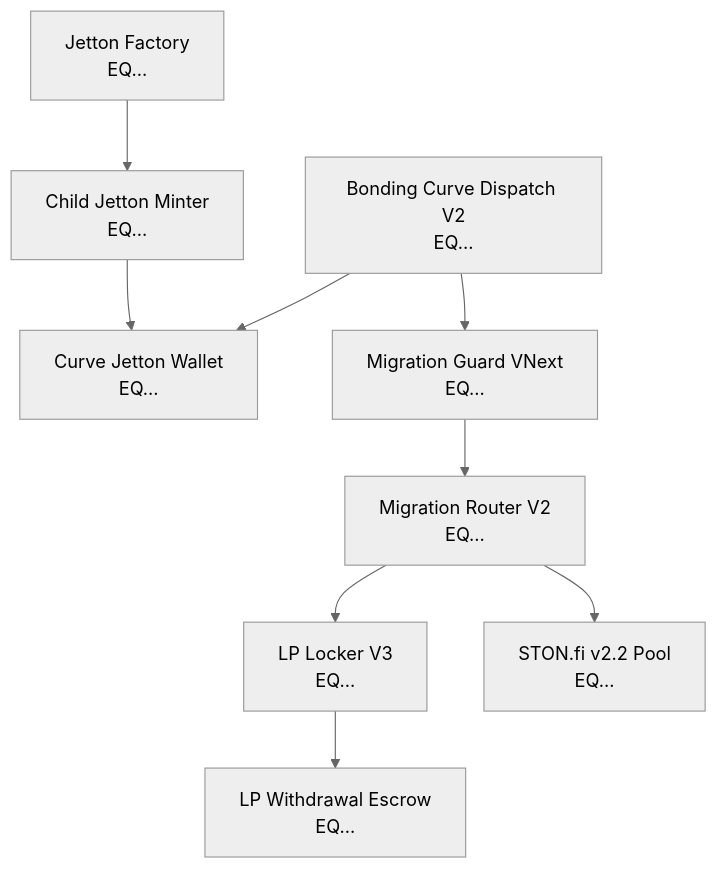
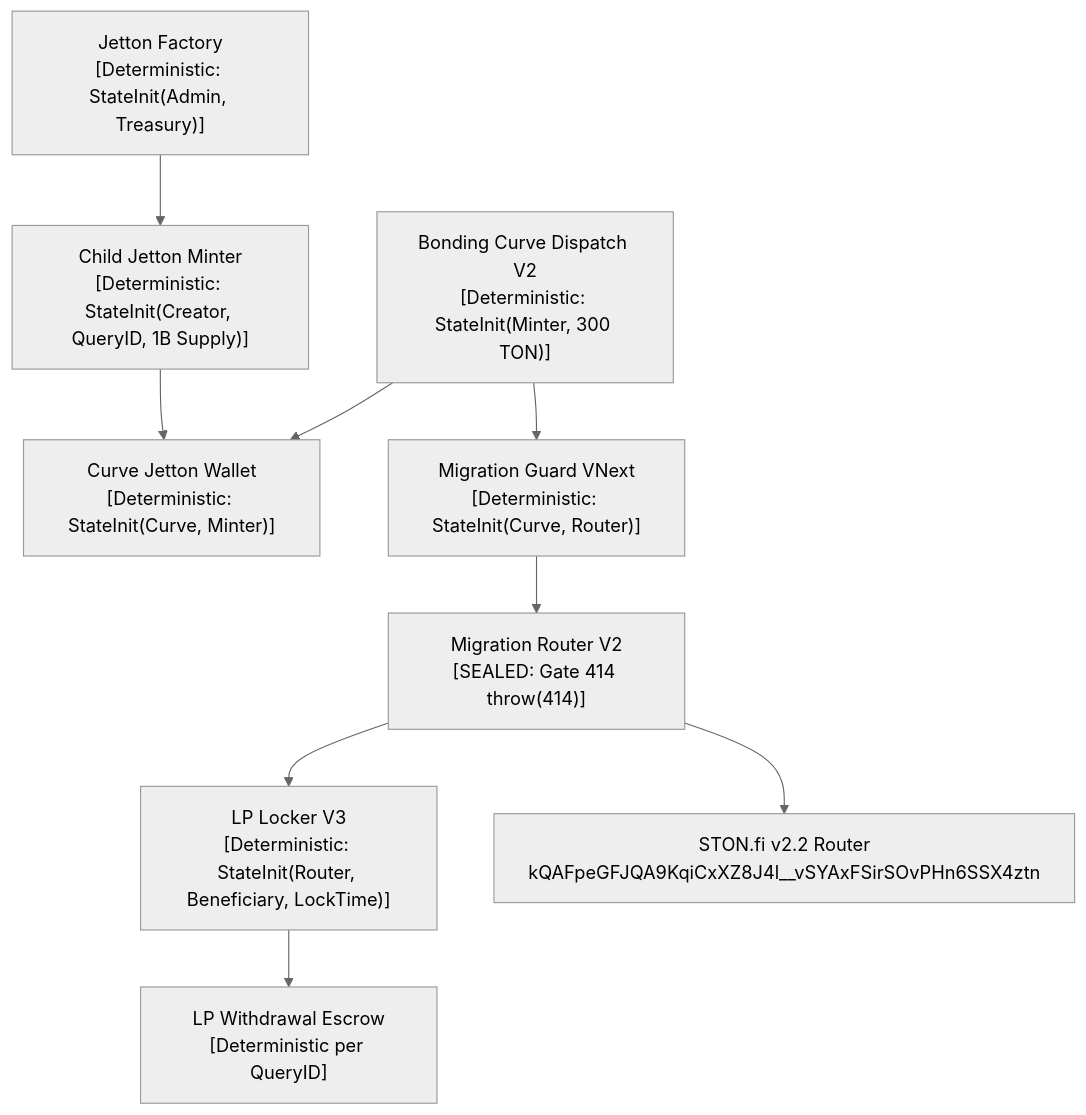
The first of 2 diagrams in docs/release/supervised-testnet-acceptance-package.md (anlgram-labs/ANLGRAM), drawn with Mermaid (neutral theme) before and after one commit. The commit also changed other lines of this file and 3 other files, not shown here.

````diff
--- a/docs/release/supervised-testnet-acceptance-package.md
+++ b/docs/release/supervised-testnet-acceptance-package.md
@@ -32,11 +32,11 @@
 ```mermaid
 graph TD
-    Factory["Jetton Factory<br/>EQ..."] --> Minter["Child Jetton Minter<br/>EQ..."]
-    Minter --> CurveWallet["Curve Jetton Wallet<br/>EQ..."]
-    Curve["Bonding Curve Dispatch V2<br/>EQ..."] --> CurveWallet
-    Curve --> Guard["Migration Guard VNext<br/>EQ..."]
-    Guard --> Migrator["Migration Router V2<br/>EQ..."]
-    Migrator --> Locker["LP Locker V3<br/>EQ..."]
-    Locker --> Escrow["LP Withdrawal Escrow<br/>EQ..."]
-    Migrator --> STONfi["STON.fi v2.2 Pool<br/>EQ..."]
+    Factory["Jetton Factory<br/>[Deterministic: StateInit(Admin, Treasury)]"] --> Minter["Child Jetton Minter<br/>[Deterministic: StateInit(Creator, QueryID, 1B Supply)]"]
+    Minter --> CurveWallet["Curve Jetton Wallet<br/>[Deterministic: StateInit(Curve, Minter)]"]
+    Curve["Bonding Curve Dispatch V2<br/>[Deterministic: StateInit(Minter, 300 TON)]"] --> CurveWallet
+    Curve --> Guard["Migration Guard VNext<br/>[Deterministic: StateInit(Curve, Router)]"]
+    Guard --> Migrator["Migration Router V2<br/>[SEALED: Gate 414 throw(414)]"]
+    Migrator --> Locker["LP Locker V3<br/>[Deterministic: StateInit(Router, Beneficiary, LockTime)]"]
+    Locker --> Escrow["LP Withdrawal Escrow<br/>[Deterministic per QueryID]"]
+    Migrator --> STONfi["STON.fi v2.2 Router<br/>kQAFpeGFJQA9KqiCxXZ8J4l__vSYAxFSirSOvPHn6SSX4ztn"]
 ```
````
